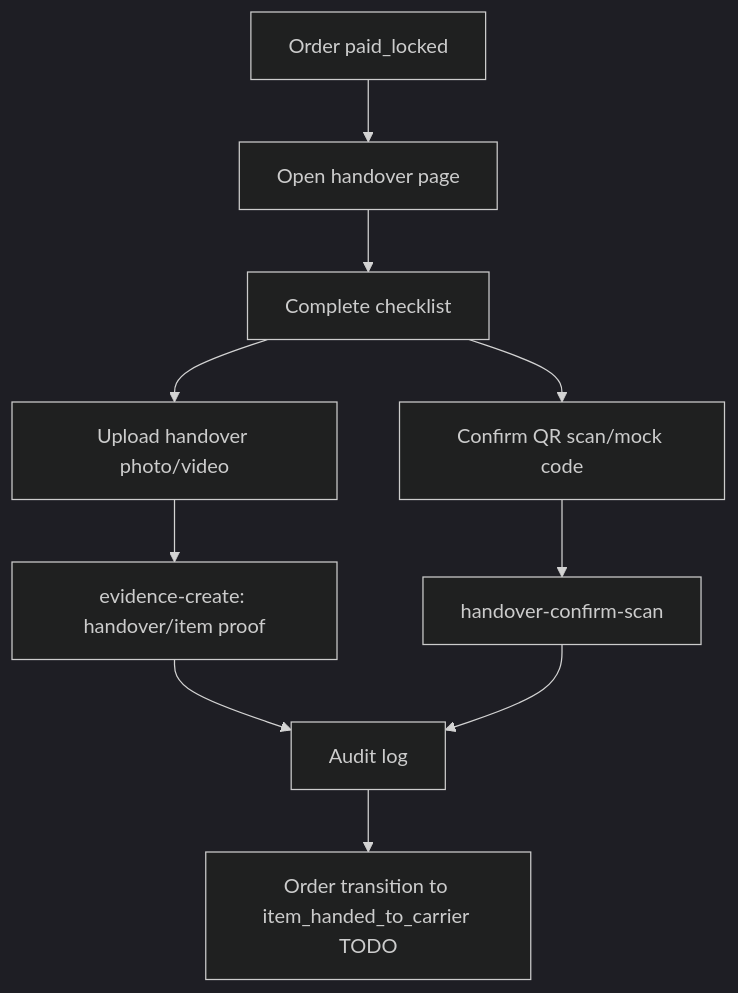
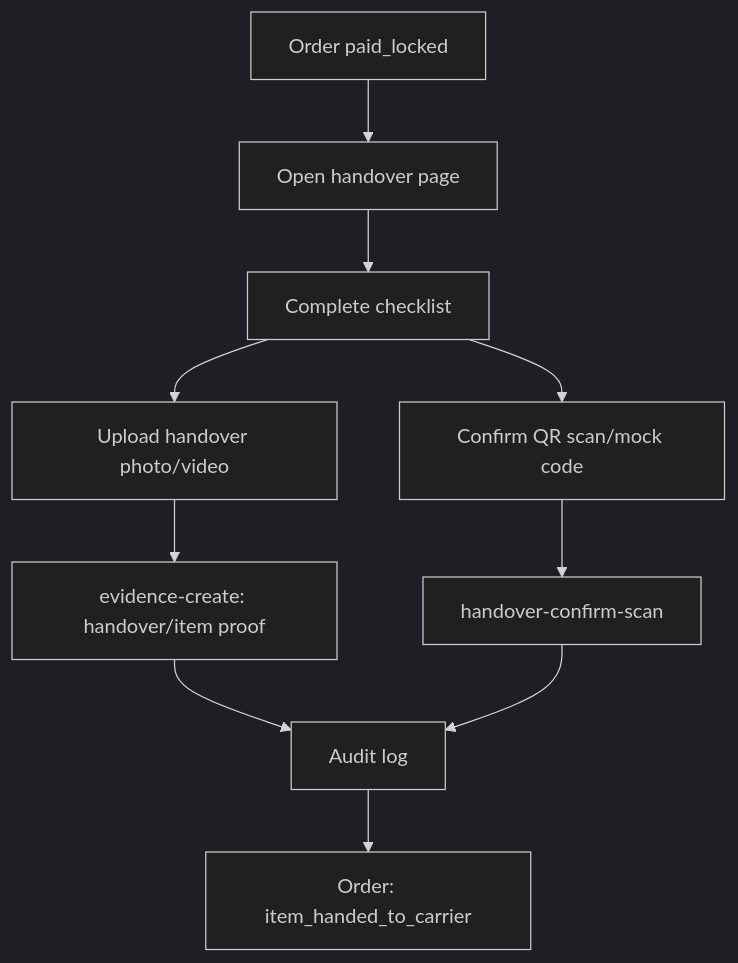
Before and after one commit to Alserial/Luggage_Courier_Service: the first of 4 diagrams in docs/architecture/evidence-dispute-flow.md, drawn with Mermaid (dark theme). The commit also changed other lines of this file and 6 other files, not shown here.

Commit message:
Align backend payment handover dispute flows

````diff
--- a/docs/architecture/evidence-dispute-flow.md
+++ b/docs/architecture/evidence-dispute-flow.md
@@ -49,12 +49,12 @@
 ```mermaid
 flowchart TD
   A["Order paid_locked"] --> B["Open handover page"]
   B --> C["Complete checklist"]
   C --> D["Upload handover photo/video"]
   C --> E["Confirm QR scan/mock code"]
   D --> F["evidence-create: handover/item proof"]
   E --> G["handover-confirm-scan"]
   F --> H["Audit log"]
   G --> H
-  H --> I["Order transition to item_handed_to_carrier TODO"]
+  H --> I["Order: item_handed_to_carrier"]
 ```
````
